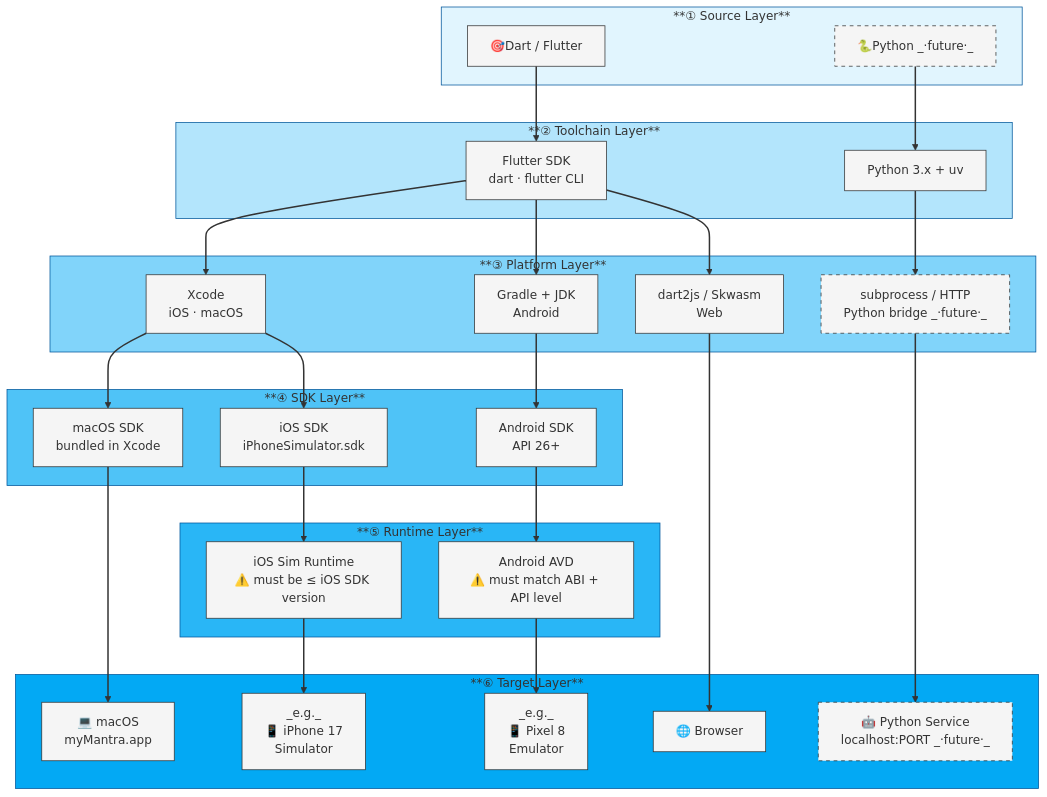
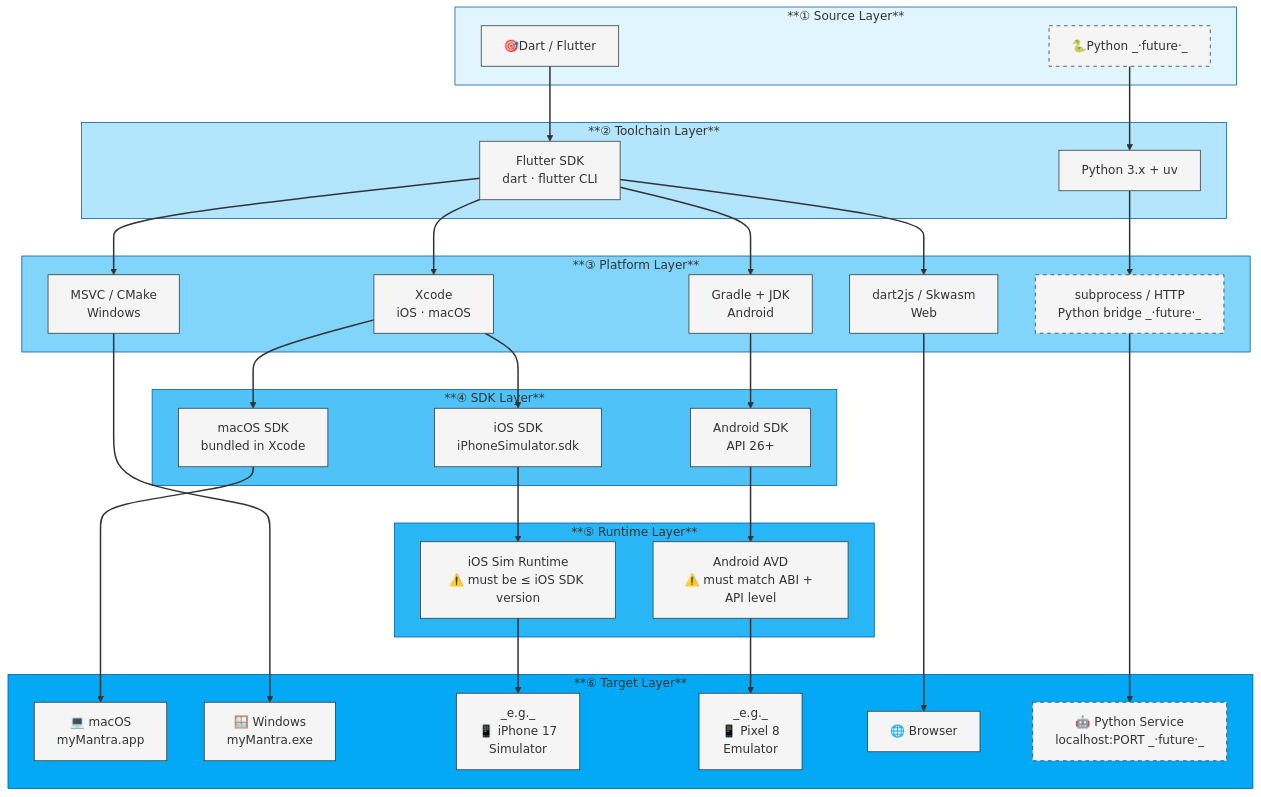
The first of 4 diagrams in docs/software/build-system-architecture.md (E-Brons/MyMantra), drawn with Mermaid (neutral theme) before and after one commit. The commit also changed other lines of this file and 8 other files, not shown here.

````diff
--- a/docs/software/build-system-architecture.md
+++ b/docs/software/build-system-architecture.md
@@ -44,67 +45,70 @@
 ```mermaid
 flowchart TD
     %% Define CSS Classes
     classDef regular fill:#F5F5F5,stroke:#333333,color:#333333;
     classDef future fill:#F5F5F5,stroke:#333333,color:#333333,stroke-dasharray: 5 5;
 
     subgraph SRC["**① Source Layer**"]
         DART["🎯Dart / Flutter"]:::regular
         PYTH["🐍Python _·future·_"]:::future
     end
 
     subgraph CHAIN["**② Toolchain Layer**"]
         FSDK["Flutter SDK<br/>dart · flutter CLI"]:::regular
         PYENV["Python 3.x + uv"]:::regular
     end
 
     subgraph PLAT["**③ Platform Layer**"]
         XC["Xcode<br/>iOS · macOS"]:::regular
         GR["Gradle + JDK<br/>Android"]:::regular
         D2J["dart2js / Skwasm<br/>Web"]:::regular
+        MSVC["MSVC / CMake<br/>Windows"]:::regular
         PB["subprocess / HTTP<br/>Python bridge _·future·_"]:::future
     end
 
     subgraph SDK["**④ SDK Layer**"]
         MSDK["macOS SDK<br/>bundled in Xcode"]:::regular
         ISDK["iOS SDK<br/>iPhoneSimulator.sdk"]:::regular
         ASDK["Android SDK<br/>API 26+"]:::regular
     end
 
     subgraph RT["**⑤ Runtime Layer**"]
         IOSRT["iOS Sim Runtime<br/>⚠️ must be ≤ iOS SDK version"]:::regular
         AVDRT["Android AVD<br/>⚠️ must match ABI + API level"]:::regular
     end
 
     subgraph TGT["**⑥ Target Layer**"]
         MAPP["💻 macOS<br/>myMantra.app"]:::regular
+        WAPP["🪟 Windows<br/>myMantra.exe"]:::regular
         ISIM["_e.g._<br/>📱 iPhone 17<br/>Simulator"]:::regular
         AEMU["_e.g._<br/>📱 Pixel 8<br/>Emulator"]:::regular
         CHR["🌐 Browser"]:::regular
         PYSV["🤖 Python Service<br/>localhost:PORT _·future·_"]:::future
     end
 
     %% Connections (Lines)
     linkStyle default stroke:#333333,stroke-width:2px;
 
     DART  --> FSDK
     PYTH  --> PYENV
-    FSDK  --> XC & GR & D2J
+    FSDK  --> XC & GR & D2J & MSVC
     PYENV --> PB
     XC    --> ISDK & MSDK
     GR    --> ASDK
     ISDK  --> IOSRT
     IOSRT --> ISIM
     MSDK  --> MAPP
+    MSVC  --> WAPP
     D2J   --> CHR
     ASDK  --> AVDRT
     AVDRT --> AEMU
     PB    --> PYSV
 
     %% Layer Backgrounds (Sky Blue Shades)
     style SRC   fill:#E1F5FE,stroke:#01579B
     style CHAIN fill:#B3E5FC,stroke:#01579B
     style PLAT  fill:#81D4FA,stroke:#01579B
     style SDK   fill:#4FC3F7,stroke:#01579B
     style RT    fill:#29B6F6,stroke:#01579B
     style TGT   fill:#03A9F4,stroke:#01579B
 ```
````
